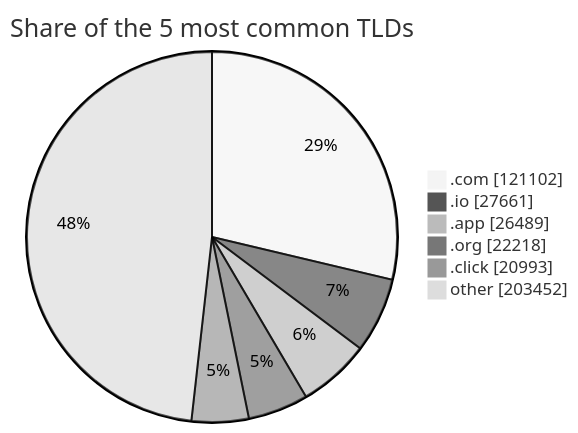
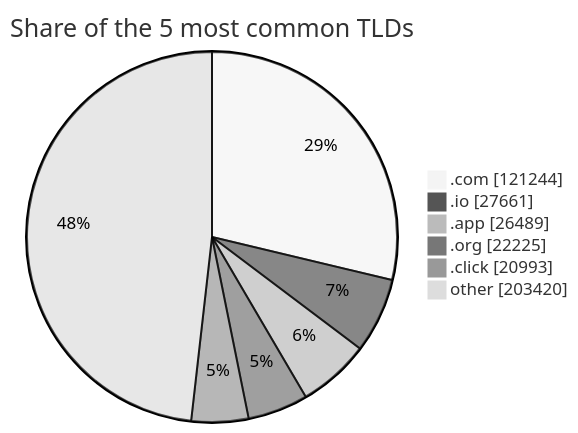
Before and after one commit to DNSBunker/CTI: the third of 3 diagrams in README.md, drawn with Mermaid (neutral theme). The commit also changed other lines of this file and 3 other files, not shown here.

````diff
--- a/README.md
+++ b/README.md
@@ -81,9 +81,9 @@
 ```mermaid
 pie showData title Share of the 5 most common TLDs
-    ".com" : 121102
+    ".com" : 121244
     ".io" : 27661
     ".app" : 26489
-    ".org" : 22218
+    ".org" : 22225
     ".click" : 20993
-    "other" : 203452
+    "other" : 203420
 ```
````
